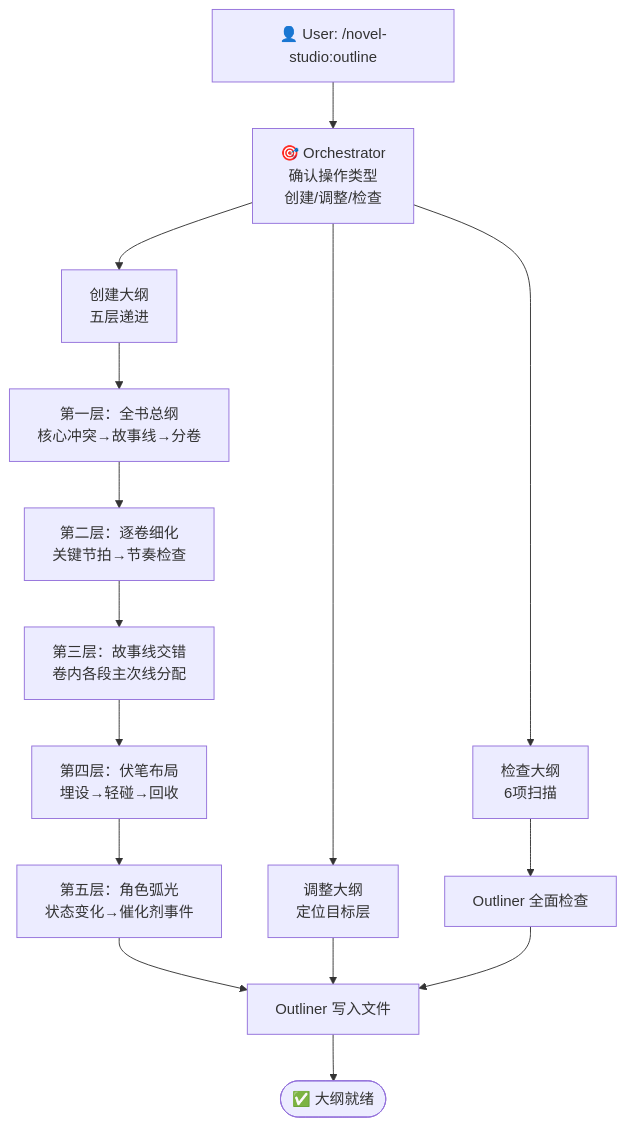
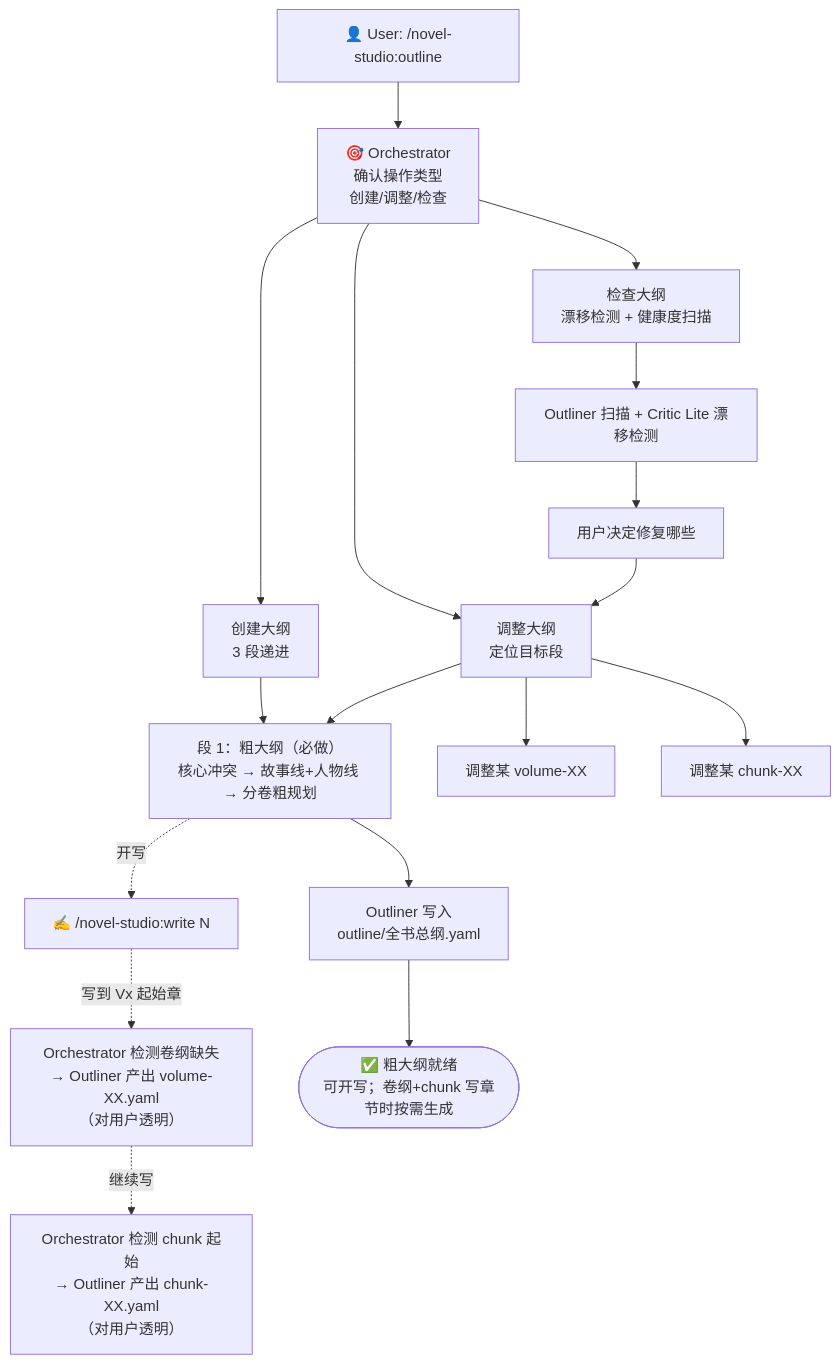
The fifth of 6 diagrams in workflow-specs/pipeline.md (deathwhispers/novel-studio), drawn with Mermaid before and after one commit. The commit also changed other lines of this file and 10 other files, not shown here.

````diff
--- a/workflow-specs/pipeline.md
+++ b/workflow-specs/pipeline.md
@@ -130,22 +130,29 @@
 ```mermaid
 flowchart TD
     User["👤 User: /novel-studio:outline"]
     Orchestrator["🎯 Orchestrator<br/>确认操作类型<br/>创建/调整/检查"]
 
     User --> Orchestrator
 
-    Orchestrator --> Create["创建大纲<br/>五层递进"]
-    Orchestrator --> Adjust["调整大纲<br/>定位目标层"]
-    Orchestrator --> Review["检查大纲<br/>6项扫描"]
+    Orchestrator --> Create["创建大纲<br/>3 段递进"]
+    Orchestrator --> Adjust["调整大纲<br/>定位目标段"]
+    Orchestrator --> Review["检查大纲<br/>漂移检测 + 健康度扫描"]
 
-    Create --> Layer1["第一层：全书总纲<br/>核心冲突→故事线→分卷"]
-    Layer1 --> Layer2["第二层：逐卷细化<br/>关键节拍→节奏检查"]
-    Layer2 --> Layer3["第三层：故事线交错<br/>卷内各段主次线分配"]
-    Layer3 --> Layer4["第四层：伏笔布局<br/>埋设→轻碰→回收"]
-    Layer4 --> Layer5["第五层：角色弧光<br/>状态变化→催化剂事件"]
-    Layer5 --> OutlinerGen["Outliner 写入文件"]
-    Adjust --> OutlinerGen
-    Review --> OutlinerCheck["Outliner 全面检查"]
-    OutlinerCheck --> OutlinerGen
-    OutlinerGen --> Done(["✅ 大纲就绪"])
+    Create --> Stage1["段 1：粗大纲（必做）<br/>核心冲突 → 故事线+人物线 → 分卷粗规划"]
+    Stage1 --> OutlinerGen["Outliner 写入<br/>outline/全书总纲.yaml"]
+
+    %% 段 2 和段 3 在写章节时按需生成（不通过 outline 命令）
+    Stage1 -.->|"开写"| Write["✍️ /novel-studio:write N"]
+    Write -.->|"写到 Vx 起始章"| Stage2Gen["Orchestrator 检测卷纲缺失<br/>→ Outliner 产出 volume-XX.yaml<br/>（对用户透明）"]
+    Stage2Gen -.->|"继续写"| Stage3Gen["Orchestrator 检测 chunk 起始<br/>→ Outliner 产出 chunk-XX.yaml<br/>（对用户透明）"]
+
+    Adjust --> Stage1
+    Adjust --> Stage2Adjust["调整某 volume-XX"]
+    Adjust --> Stage3Adjust["调整某 chunk-XX"]
+
+    Review --> OutlinerCheck["Outliner 扫描 + Critic Lite 漂移检测"]
+    OutlinerCheck --> UserDecision["用户决定修复哪些"]
+    UserDecision --> Adjust
+
+    OutlinerGen --> Done(["✅ 粗大纲就绪<br/>可开写；卷纲+chunk 写章节时按需生成"])
 ```
````
